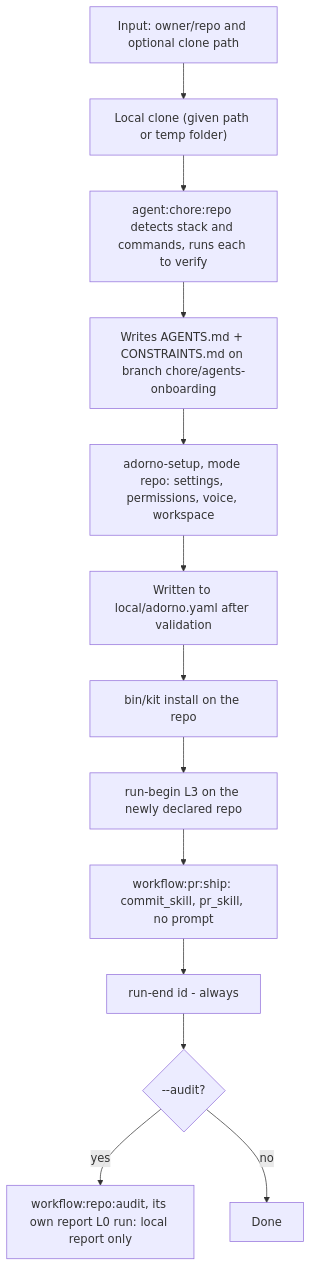
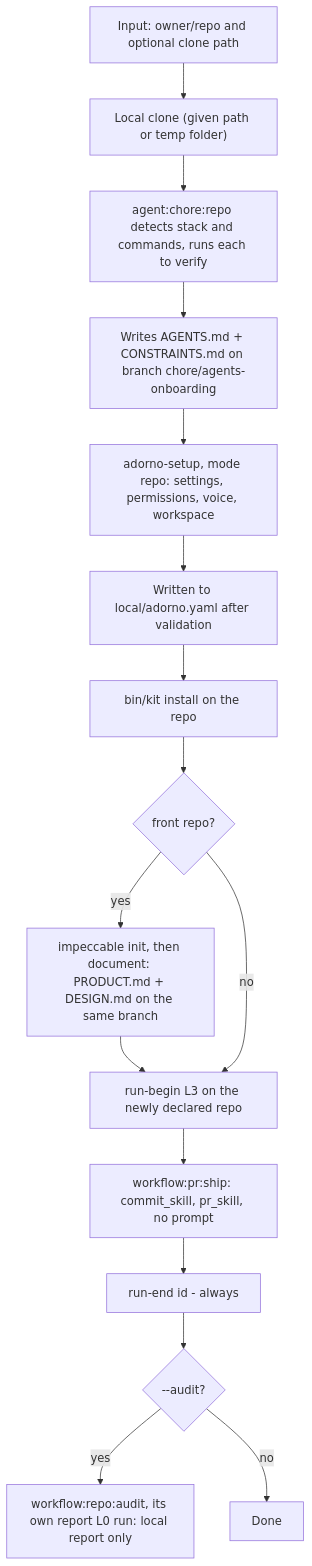
The first of 2 diagrams in src/workflows/repo/SCHEMA.md (nicolasmondain/adorno), drawn with Mermaid before and after one commit. The commit also changed 6 other files, not shown here.

First line of the commit message:
feat(setup): set up impeccable on front repos (#45)

````diff
--- a/src/workflows/repo/SCHEMA.md
+++ b/src/workflows/repo/SCHEMA.md
@@ -5,19 +5,24 @@
 ```mermaid
 flowchart TD
   IN["Input: owner/repo and optional clone path"]
   CL["Local clone (given path or temp folder)"]
   AG["agent:chore:repo detects stack and commands, runs each to verify"]
   BR["Writes AGENTS.md + CONSTRAINTS.md on branch chore/agents-onboarding"]
   SU["adorno-setup, mode repo: settings, permissions, voice, workspace"]
   LY["Written to local/adorno.yaml after validation"]
   KI["bin/kit install on the repo"]
+  DS{"front repo?"}
+  IM["impeccable init, then document: PRODUCT.md + DESIGN.md on the same branch"]
   RB["run-begin L3 on the newly declared repo"]
   SH["workflow:pr:ship: commit_skill, pr_skill, no prompt"]
   AU{"--audit?"}
   RE["run-end id - always"]
   RA["workflow:repo:audit, its own report L0 run: local report only"]
   DONE["Done"]
-  IN --> CL --> AG --> BR --> SU --> LY --> KI --> RB --> SH --> RE --> AU
+  IN --> CL --> AG --> BR --> SU --> LY --> KI --> DS
+  DS -->|yes| IM --> RB
+  DS -->|no| RB
+  RB --> SH --> RE --> AU
   AU -->|yes| RA
   AU -->|no| DONE
 ```
````
